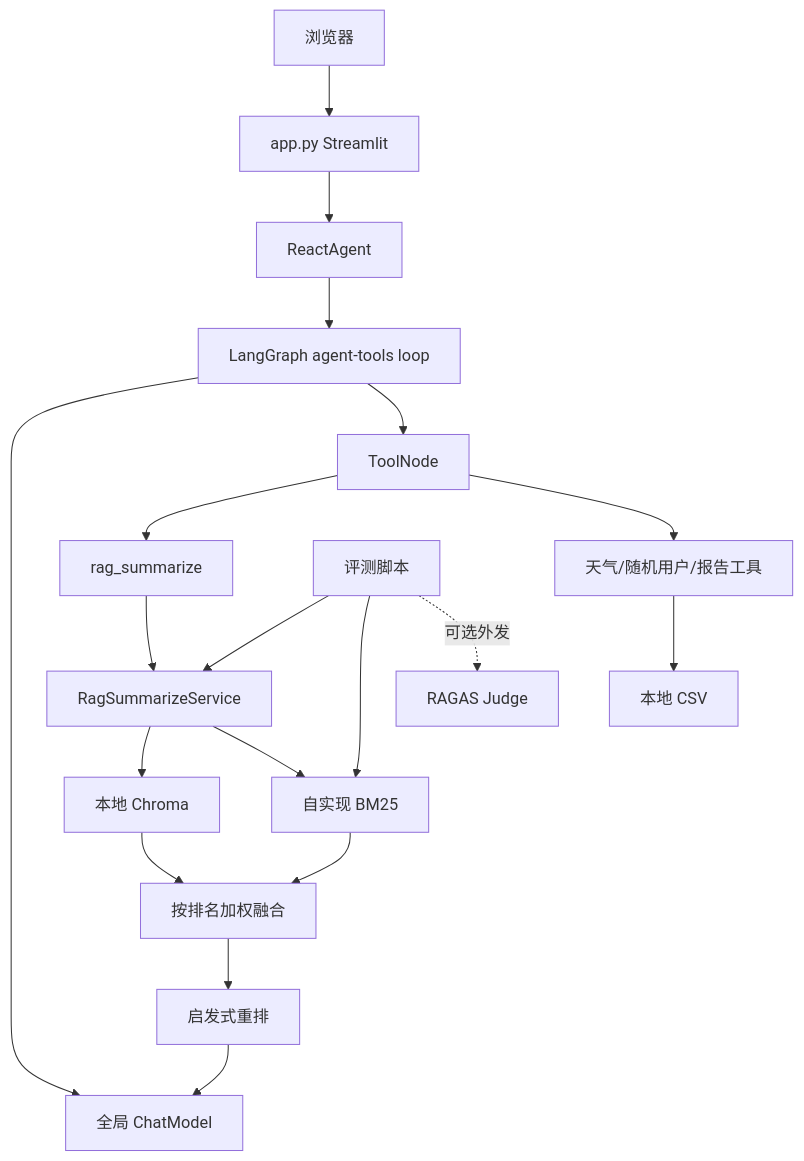
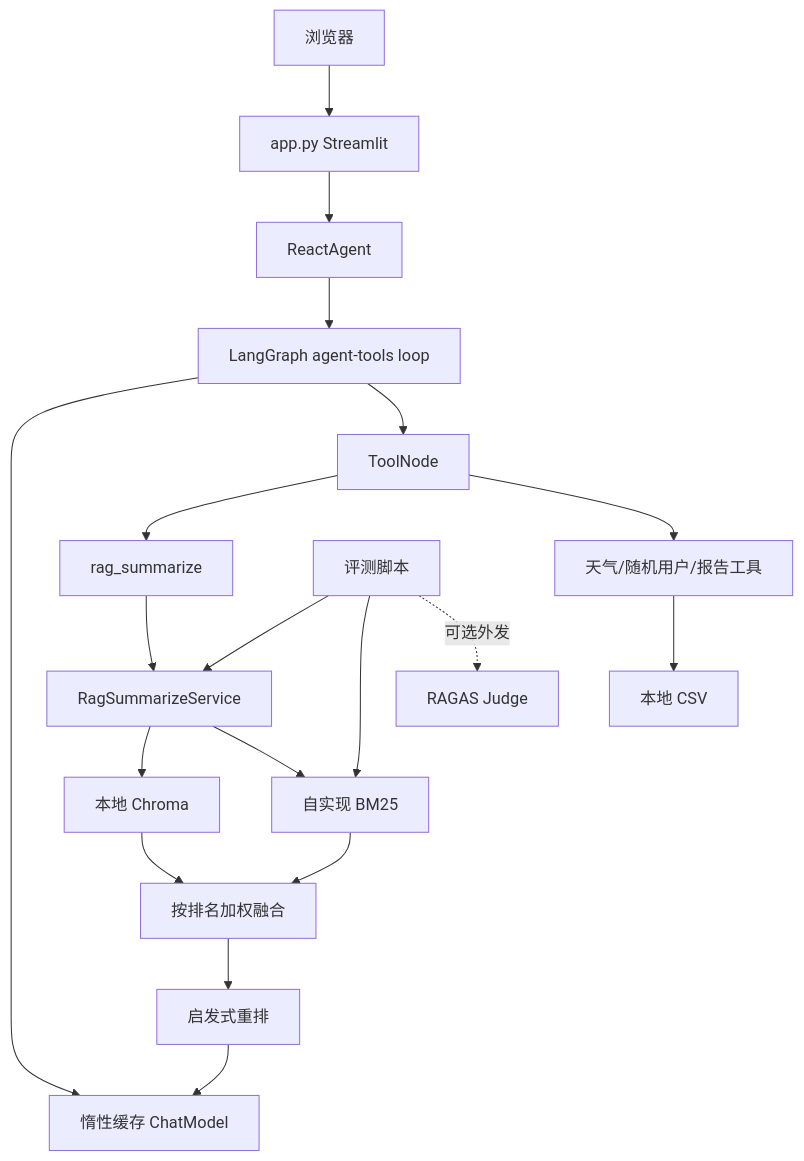
The first of 3 diagrams in docs/ARCHITECTURE.md (caowenying0722/Intelligent-Customer), drawn with Mermaid before and after one commit. The commit also changed other lines of this file and 13 other files, not shown here.

````diff
--- a/docs/ARCHITECTURE.md
+++ b/docs/ARCHITECTURE.md
@@ -13,21 +13,21 @@
 ```mermaid
 flowchart TD
     Browser[浏览器] --> Streamlit[app.py Streamlit]
     Streamlit --> Agent[ReactAgent]
     Agent --> Graph[LangGraph agent-tools loop]
-    Graph --> Chat[全局 ChatModel]
+    Graph --> Chat[惰性缓存 ChatModel]
     Graph --> Tools[ToolNode]
     Tools --> RagTool[rag_summarize]
     Tools --> DemoTools[天气/随机用户/报告工具]
     RagTool --> RagService[RagSummarizeService]
     RagService --> Chroma[本地 Chroma]
     RagService --> BM25[自实现 BM25]
     Chroma --> Fusion[按排名加权融合]
     BM25 --> Fusion
     Fusion --> Heuristic[启发式重排]
     Heuristic --> Chat
     DemoTools --> CSV[本地 CSV]
     Eval[评测脚本] --> RagService
     Eval --> BM25
     Eval -. 可选外发 .-> Judge[RAGAS Judge]
 ```
````
